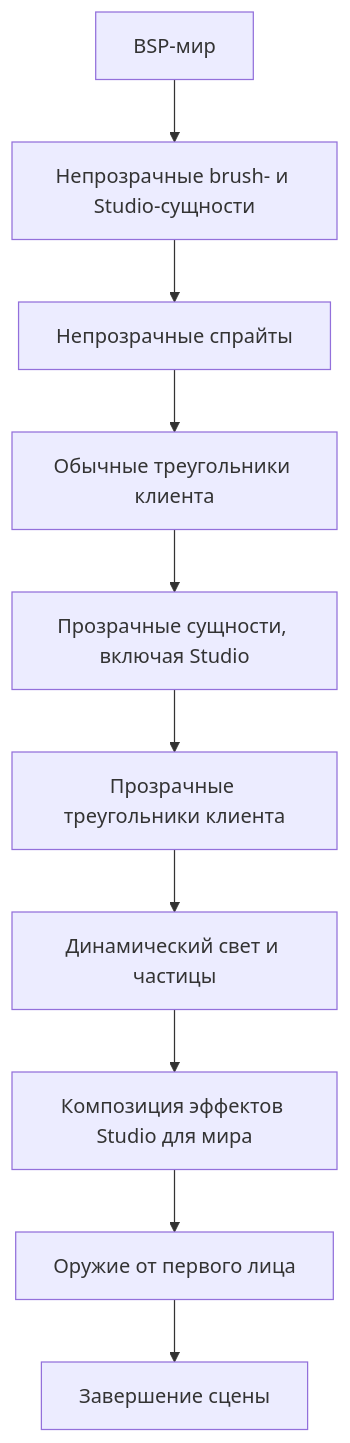
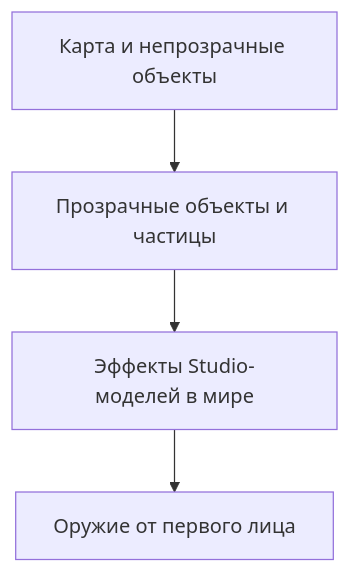
The second of 2 diagrams in docs/renderer-architecture.ru.md (CS-NextClient/NextClient), drawn with Mermaid before and after one commit. The commit also changed other lines of this file and 83 other files, not shown here.

Commit message:
reorganize architecture and developer documentation

````diff
--- a/docs/renderer-architecture.ru.md
+++ b/docs/renderer-architecture.ru.md
@@ -15,12 +35,11 @@
 ```mermaid
 flowchart TD
-    World["BSP-мир"] --> Opaque["Непрозрачные brush- и Studio-сущности"]
-    Opaque --> Sprites["Непрозрачные спрайты"]
-    Sprites --> Normal["Обычные треугольники клиента"]
-    Normal --> Transparent["Прозрачные сущности, включая Studio"]
-    Transparent --> Triangles["Прозрачные треугольники клиента"]
-    Triangles --> Particles["Динамический свет и частицы"]
-    Particles --> Effects["Композиция эффектов Studio для мира"]
-    Effects --> Weapon["Оружие от первого лица"]
-    Weapon --> Finish["Завершение сцены"]
+    Opaque["Карта и непрозрачные объекты"]
+    Transparent["Прозрачные объекты и частицы"]
+    Effects["Эффекты Studio-моделей в мире"]
+    Weapon["Оружие от первого лица"]
+
+    Opaque --> Transparent
+    Transparent --> Effects
+    Effects --> Weapon
 ```
````
